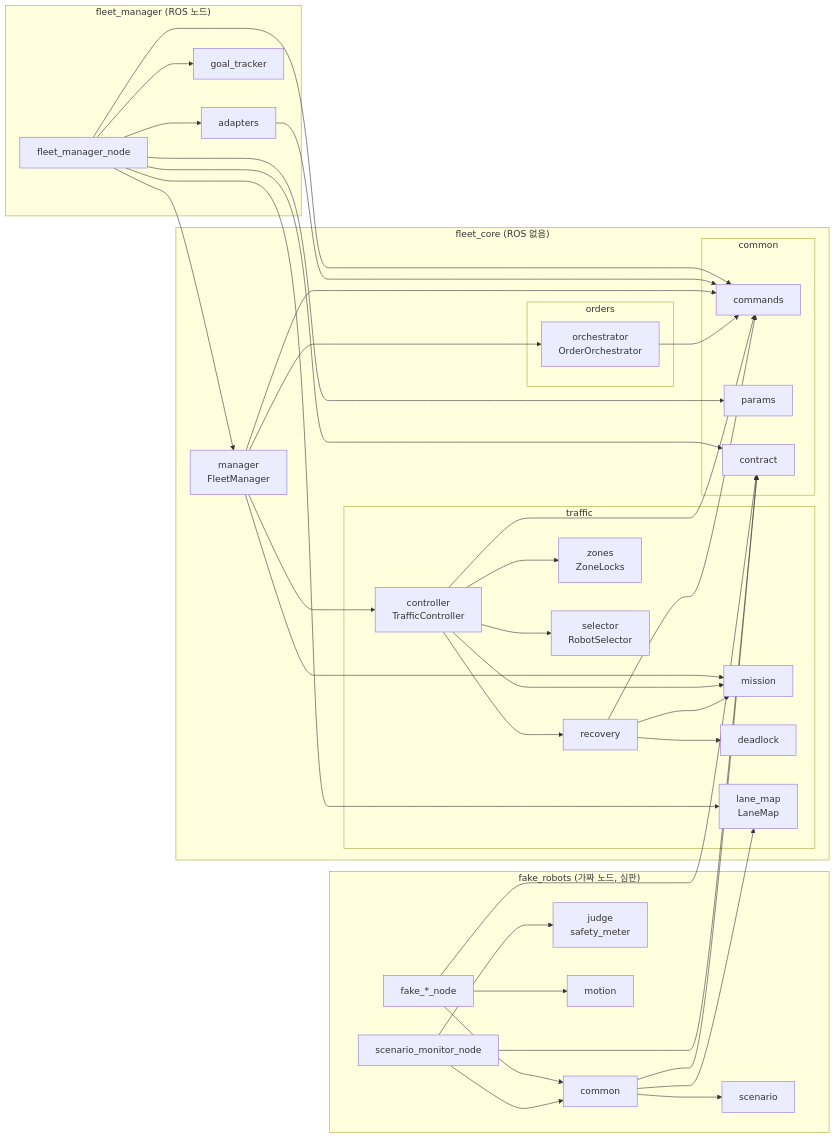
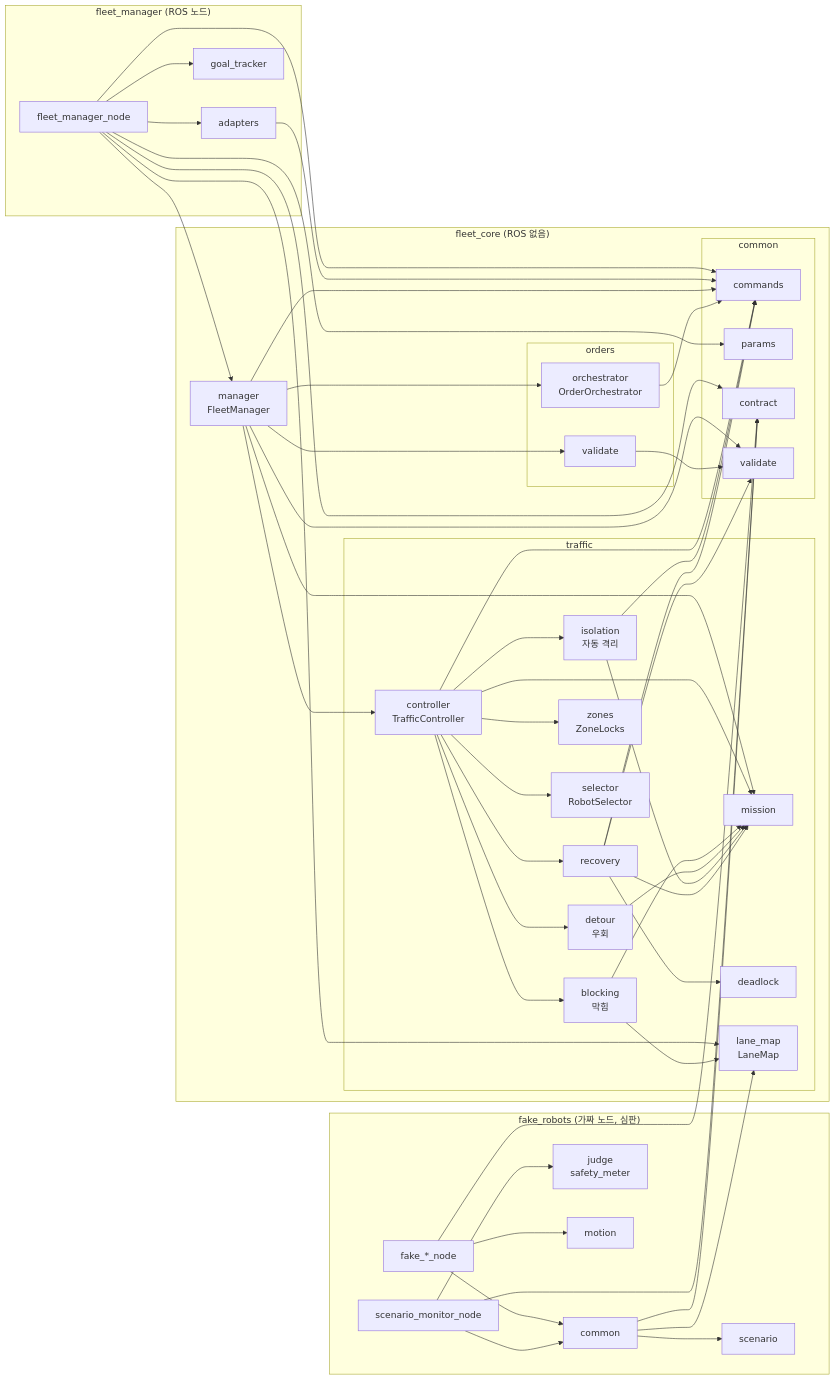
One commit to PJW-1/roscamp-freefloor changed the first of 2 diagrams in README.md. Above: the diagram before and after it, drawn with Mermaid. The commit also changed other lines of this file, not shown here.

Commit message:
docs(fms): part 8 README new events, result files, module graph, heartbeat and BLOCKED as requirements

````diff
--- a/README.md
+++ b/README.md
@@ -13,45 +13,54 @@
 ```mermaid
 flowchart LR
   subgraph fleet["fleet_manager (ROS 노드)"]
     fmnode["fleet_manager_node"]
     adapters["adapters"]
     tracker["goal_tracker"]
   end
   subgraph core["fleet_core (ROS 없음)"]
     manager["manager<br/>FleetManager"]
     subgraph orders["orders"]
       orch["orchestrator<br/>OrderOrchestrator"]
+      ovalid["validate"]
     end
     subgraph traffic["traffic"]
       ctrl["controller<br/>TrafficController"]
+      blocking["blocking<br/>막힘"]
+      detour["detour<br/>우회"]
+      isolation["isolation<br/>자동 격리"]
       mission["mission"]
       recovery["recovery"]
       zones["zones<br/>ZoneLocks"]
       selector["selector<br/>RobotSelector"]
       deadlock["deadlock"]
       lanemap["lane_map<br/>LaneMap"]
     end
     subgraph common["common"]
       commands["commands"]
       params["params"]
       contract["contract"]
+      cvalid["validate"]
     end
   end
   subgraph sim["fake_robots (가짜 노드, 심판)"]
     fakes["fake_*_node"]
     monitor["scenario_monitor_node"]
     simcommon["common"]
     scenario["scenario"]
     judge["judge<br/>safety_meter"]
     motion["motion"]
   end
   fmnode --> adapters & tracker & manager & lanemap & contract & params & commands
   adapters --> commands
-  manager --> orch & ctrl & mission & commands
+  manager --> orch & ctrl & mission & commands & cvalid & ovalid
+  ovalid --> cvalid
   orch --> commands
-  ctrl --> mission & recovery & zones & selector & commands
-  recovery --> mission & deadlock & commands
+  ctrl --> mission & recovery & zones & selector & commands & blocking & detour & isolation
+  blocking --> lanemap & mission
+  detour --> mission
+  isolation --> mission & commands
+  recovery --> mission & deadlock & commands & cvalid
   fakes --> simcommon & motion & contract
   monitor --> simcommon & judge & contract
   simcommon --> scenario & contract & lanemap
 ```
````
